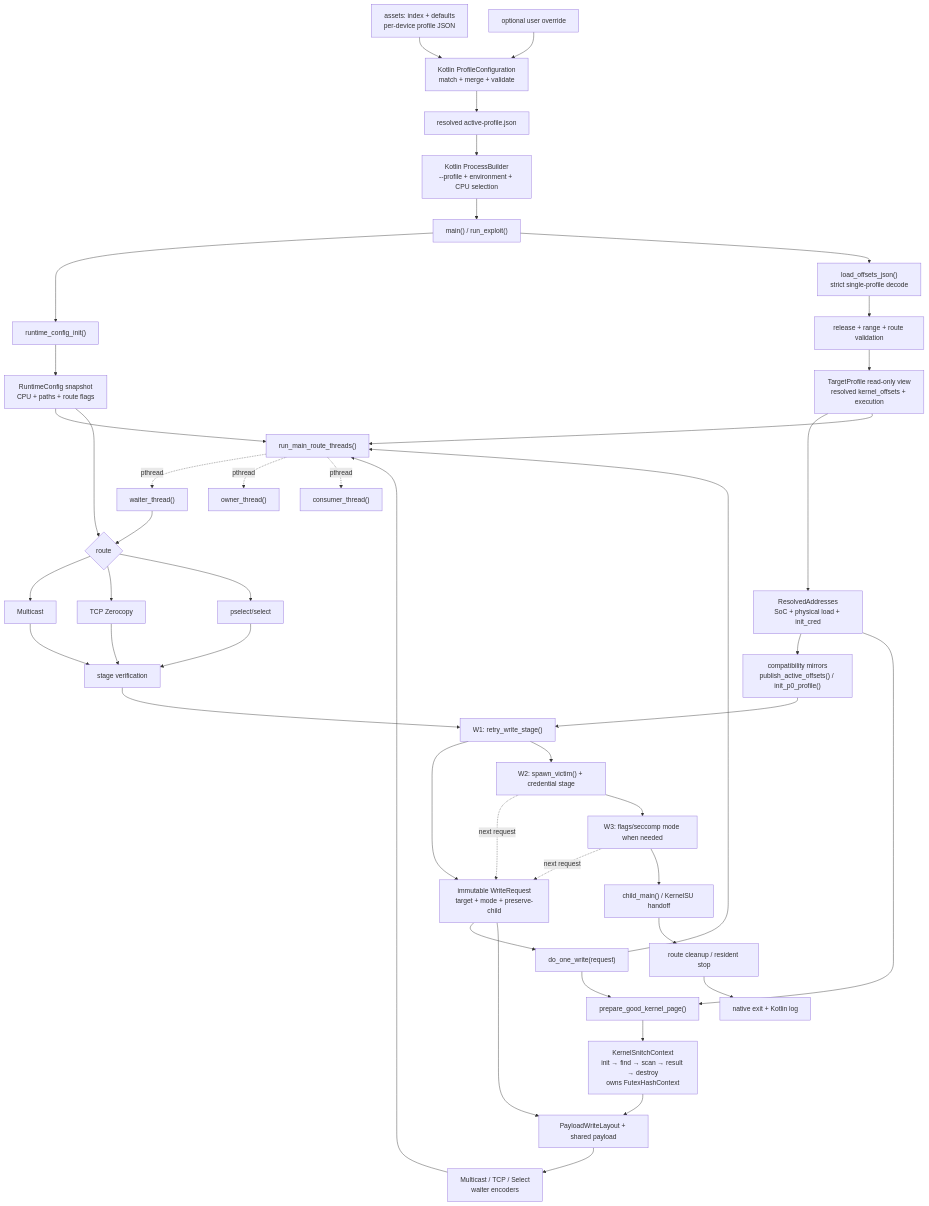
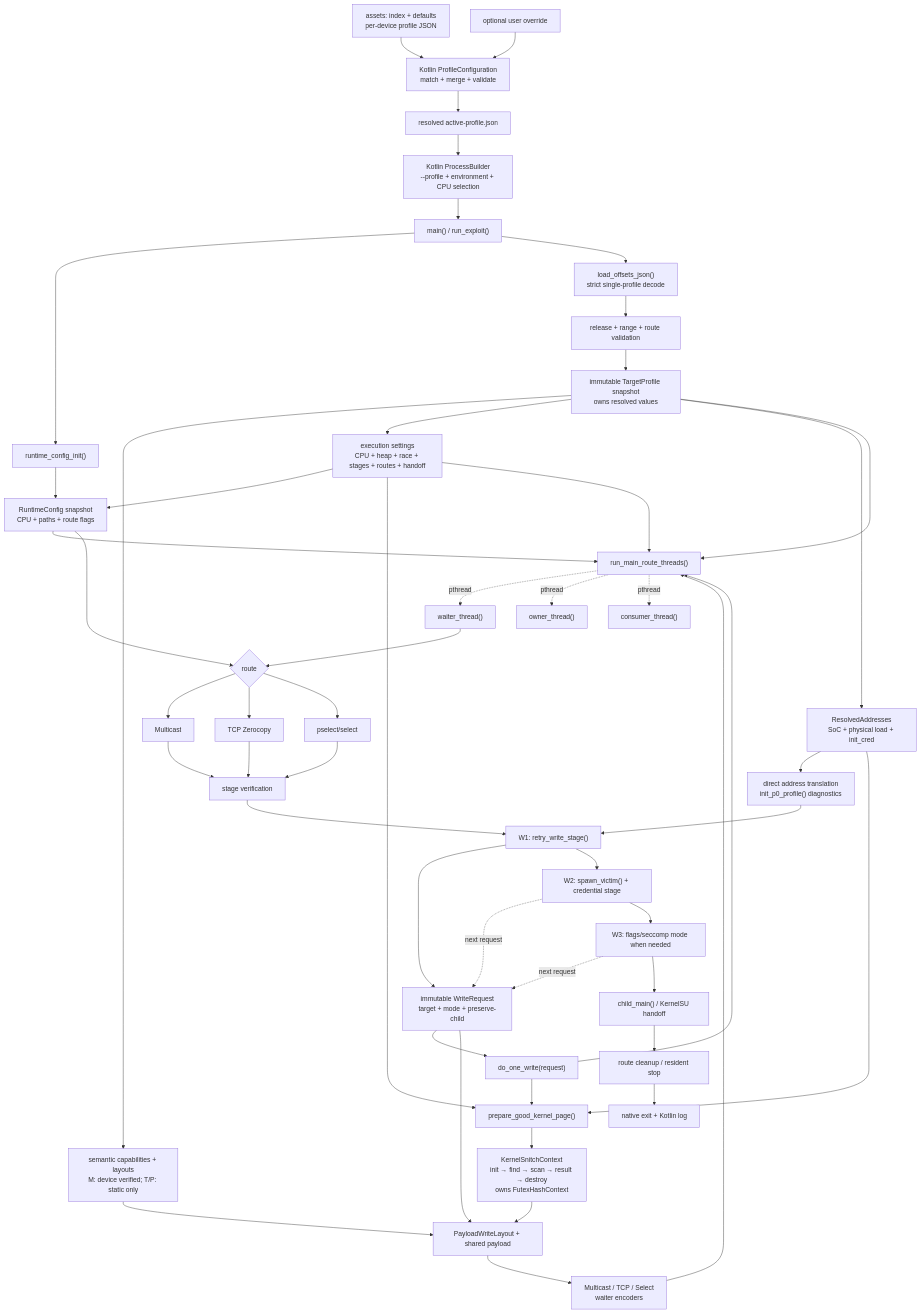
The first of 7 diagrams in analysis/routes.md (YuKongA/ghostlock-app), drawn with Mermaid before and after one commit. The commit also changed other lines of this file and 3 other files, not shown here.

````diff
--- a/analysis/routes.md
+++ b/analysis/routes.md
@@ -7,47 +7,53 @@
 ```mermaid
 flowchart TD
     Assets["assets: index + defaults<br/>per-device profile JSON"] --> Resolve["Kotlin ProfileConfiguration<br/>match + merge + validate"]
     Override["optional user override"] --> Resolve
     Resolve --> Active["resolved active-profile.json"]
     Active --> Launch["Kotlin ProcessBuilder<br/>--profile + environment + CPU selection"]
     Launch --> Main["main() / run_exploit()"]
     Main --> Config["runtime_config_init()"]
     Config --> Snapshot["RuntimeConfig snapshot<br/>CPU + paths + route flags"]
     Main --> Decode["load_offsets_json()<br/>strict single-profile decode"]
     Decode --> Validate["release + range + route validation"]
-    Validate --> Profile["TargetProfile read-only view<br/>resolved kernel_offsets + execution"]
+    Validate --> Profile["immutable TargetProfile snapshot<br/>owns resolved values"]
+    Profile --> Capability["semantic capabilities + layouts<br/>M: device verified; T/P: static only"]
+    Profile --> Execution["execution settings<br/>CPU + heap + race + stages + routes + handoff"]
+    Execution --> Snapshot
     Profile --> Addresses["ResolvedAddresses<br/>SoC + physical load + init_cred"]
-    Addresses --> Init["compatibility mirrors<br/>publish_active_offsets() / init_p0_profile()"]
+    Addresses --> Init["direct address translation<br/>init_p0_profile() diagnostics"]
     Init --> W1["W1: retry_write_stage()"]
     W1 --> Request["immutable WriteRequest<br/>target + mode + preserve-child"]
     W2 -. next request .-> Request
     W3 -. next request .-> Request
     Request --> Write["do_one_write(request)"]
     Write --> Page["prepare_good_kernel_page()"]
     Page --> Snitch["KernelSnitchContext<br/>init → find → scan → result → destroy<br/>owns FutexHashContext"]
     Snitch --> Payload["PayloadWriteLayout + shared payload"]
     Request --> Payload
+    Capability --> Payload
+    Execution --> Page
+    Execution --> Race
     Payload --> Encoders["Multicast / TCP / Select<br/>waiter encoders"]
     Encoders --> Race
     Write --> Race["run_main_route_threads()"]
     Snapshot --> Race
     Profile --> Race
     Addresses --> Page
     Race -. pthread .-> Waiter["waiter_thread()"]
     Race -. pthread .-> Owner["owner_thread()"]
     Race -. pthread .-> Consumer["consumer_thread()"]
     Waiter --> Choice{"route"}
     Snapshot --> Choice
     Choice --> M["Multicast"]
     Choice --> T["TCP Zerocopy"]
     Choice --> P["pselect/select"]
     M --> Verify["stage verification"]
     T --> Verify
     P --> Verify
     Verify --> W1
     W1 --> W2["W2: spawn_victim() + credential stage"]
     W2 --> W3["W3: flags/seccomp mode when needed"]
     W3 --> Root["child_main() / KernelSU handoff"]
     Root --> Cleanup["route cleanup / resident stop"]
     Cleanup --> Exit["native exit + Kotlin log"]
 ```
````
